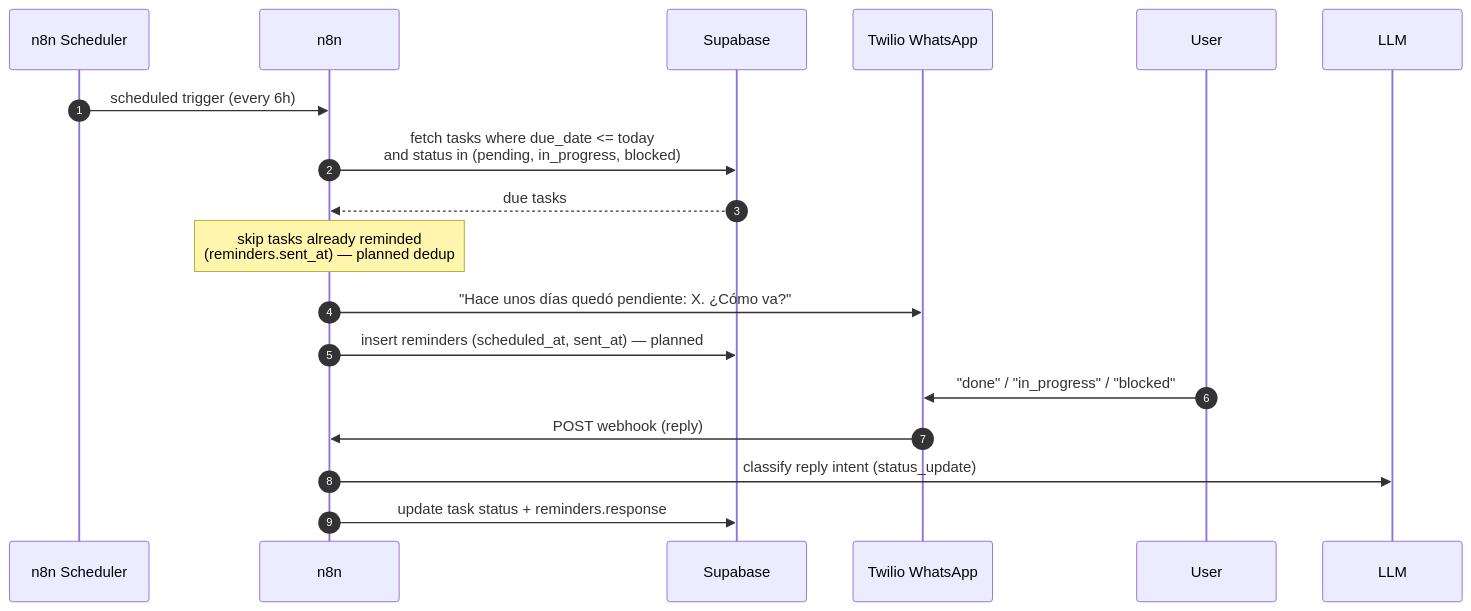
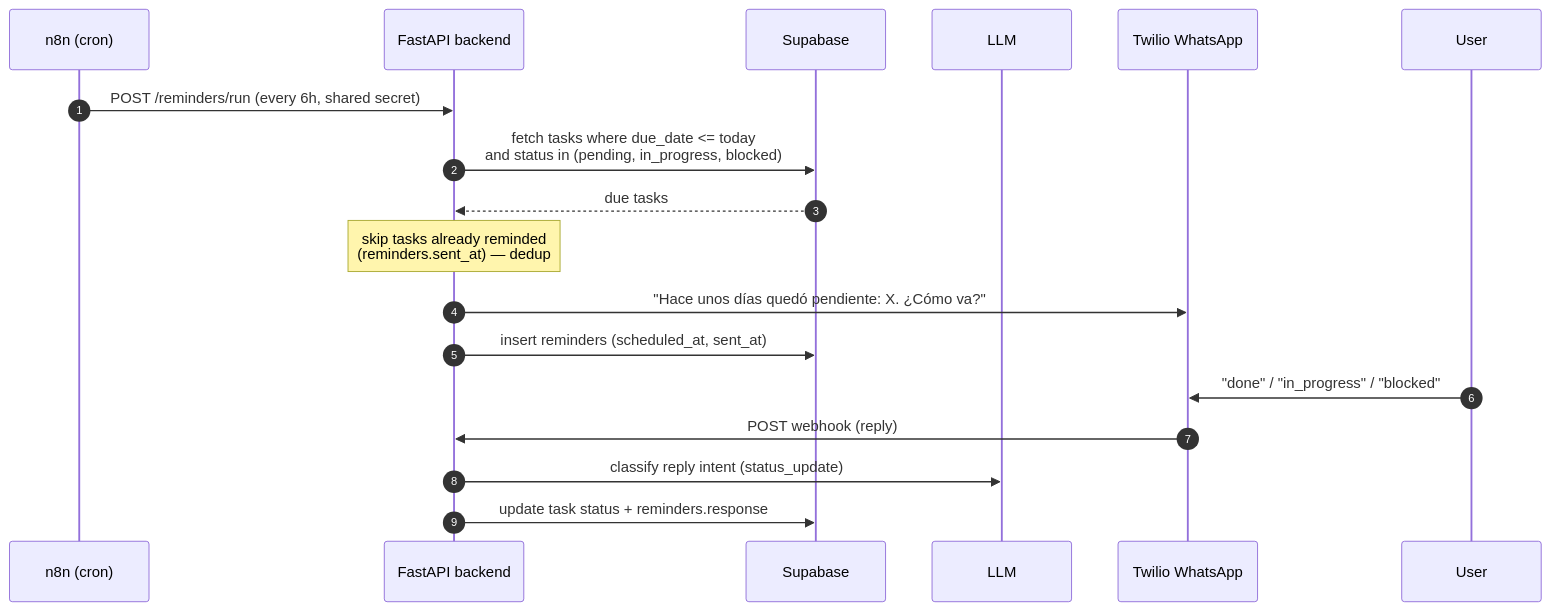
The sixth of 6 diagrams in docs/diagrams/flows.md (MateoBarbato/auto-mode-on), drawn with Mermaid before and after one commit. The commit also changed other lines of this file and 7 other files, not shown here.

First line of the commit message:
docs: pivot architecture to programmatic FastAPI pipeline (n8n scheduler-only)

````diff
--- a/docs/diagrams/flows.md
+++ b/docs/diagrams/flows.md
@@ -166,20 +173,21 @@
 ```mermaid
 sequenceDiagram
   autonumber
-  participant Scheduler as n8n Scheduler
-  participant n8n
+  participant N8N as n8n (cron)
+  participant API as FastAPI backend
   participant DB as Supabase
+  participant LLM
   participant WhatsApp as Twilio WhatsApp
   participant User
 
-  Scheduler->>n8n: scheduled trigger (every 6h)
-  n8n->>DB: fetch tasks where due_date <= today<br/>and status in (pending, in_progress, blocked)
-  DB-->>n8n: due tasks
-  Note over n8n: skip tasks already reminded<br/>(reminders.sent_at) — planned dedup
-  n8n->>WhatsApp: "Hace unos días quedó pendiente: X. ¿Cómo va?"
-  n8n->>DB: insert reminders (scheduled_at, sent_at) — planned
+  N8N->>API: POST /reminders/run (every 6h, shared secret)
+  API->>DB: fetch tasks where due_date <= today<br/>and status in (pending, in_progress, blocked)
+  DB-->>API: due tasks
+  Note over API: skip tasks already reminded<br/>(reminders.sent_at) — dedup
+  API->>WhatsApp: "Hace unos días quedó pendiente: X. ¿Cómo va?"
+  API->>DB: insert reminders (scheduled_at, sent_at)
   User->>WhatsApp: "done" / "in_progress" / "blocked"
-  WhatsApp->>n8n: POST webhook (reply)
-  n8n->>LLM: classify reply intent (status_update)
-  n8n->>DB: update task status + reminders.response
+  WhatsApp->>API: POST webhook (reply)
+  API->>LLM: classify reply intent (status_update)
+  API->>DB: update task status + reminders.response
 ```
````
